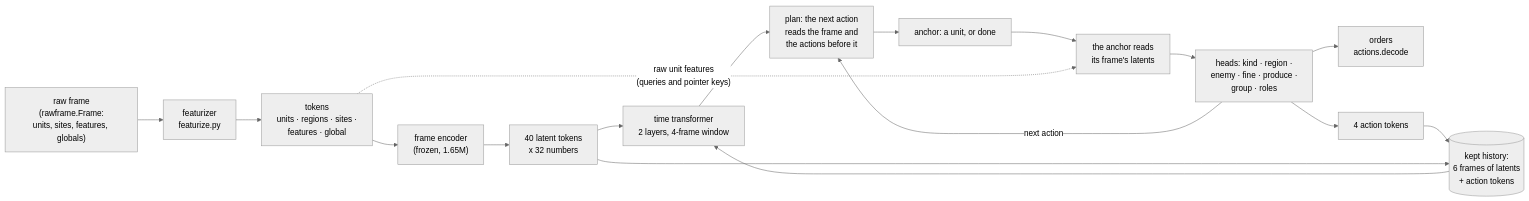
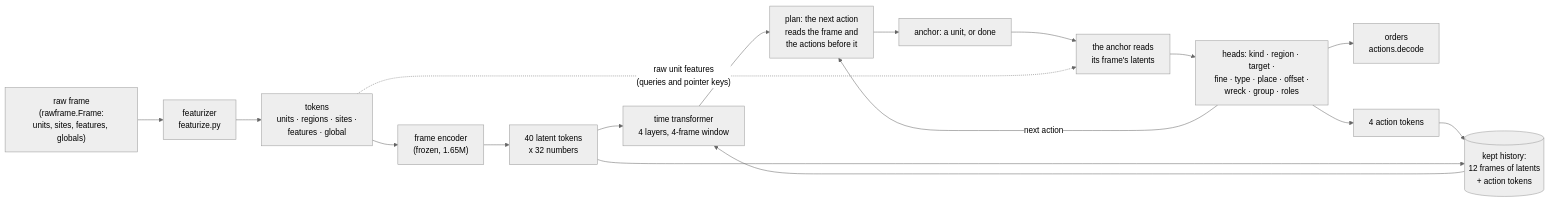
Before and after one commit to pts1667/zk-ArenaAI: the first of 11 diagrams in docs/model.md, drawn with Mermaid (neutral theme). The commit also changed other lines of this file and 39 other files, not shown here.

````diff
--- a/docs/model.md
+++ b/docs/model.md
@@ -17,24 +26,24 @@
 ```mermaid
 flowchart LR
     RF["raw frame<br/>(rawframe.Frame:<br/>units, sites, features, globals)"]
     FZ["featurizer<br/>featurize.py"]
     TOK["tokens<br/>units · regions · sites ·<br/>features · global"]
     ENC["frame encoder<br/>(frozen, 1.65M)"]
     LAT["40 latent tokens<br/>x 32 numbers"]
-    TIME["time transformer<br/>2 layers, 4-frame window"]
-    HIST[("kept history:<br/>6 frames of latents<br/>+ action tokens")]
+    TIME["time transformer<br/>4 layers, 4-frame window"]
+    HIST[("kept history:<br/>12 frames of latents<br/>+ action tokens")]
     PLAN["plan: the next action<br/>reads the frame and<br/>the actions before it"]
     ANC["anchor: a unit, or done"]
     READ["the anchor reads<br/>its frame's latents"]
-    HEADS["heads: kind · region ·<br/>enemy · fine · produce ·<br/>group · roles"]
+    HEADS["heads: kind · region · target ·<br/>fine · type · place · offset ·<br/>wreck · group · roles"]
     ORD["orders<br/>actions.decode"]
     ACT["4 action tokens"]
 
     RF --> FZ --> TOK --> ENC --> LAT --> TIME
     HIST --> TIME
     TIME --> PLAN --> ANC --> READ --> HEADS --> ORD
     HEADS -- "next action" --> PLAN
     HEADS --> ACT --> HIST
     LAT --> HIST
     TOK -. "raw unit features<br/>(queries and pointer keys)" .-> READ
 ```
````
